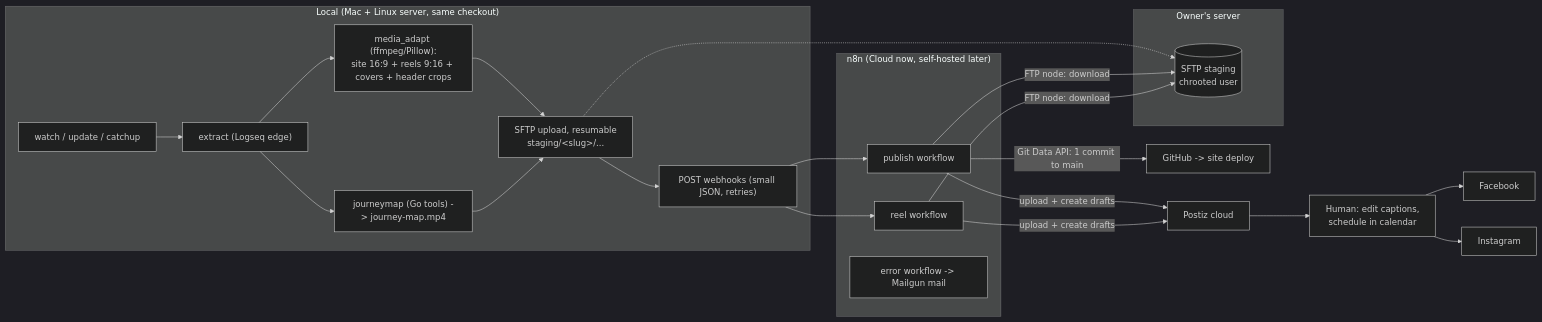
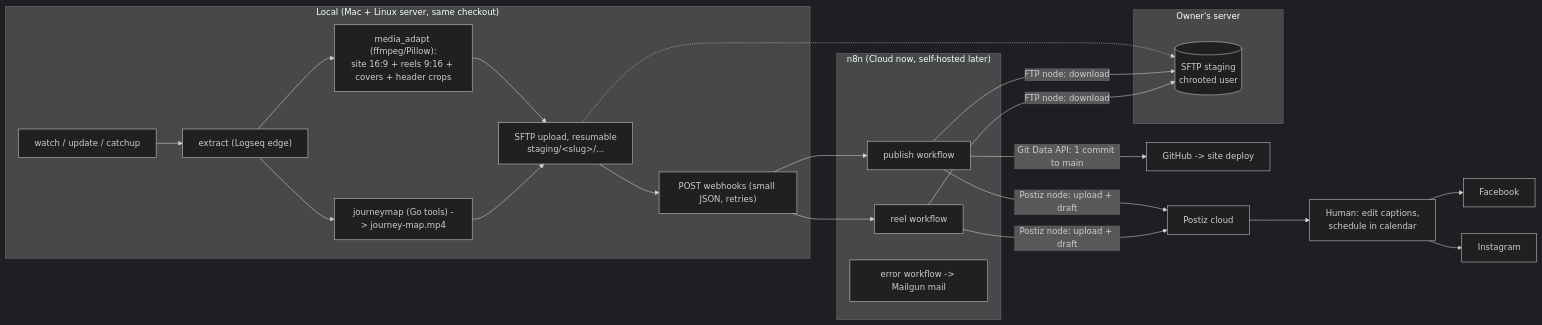
One commit to bbaumgartner/syndicator changed the diagram in docs/n8n-migration.md. Above: the diagram before and after it, drawn with Mermaid (dark theme). The commit also changed other lines of this file, not shown here.

First line of the commit message:
Document Postiz n8n community node for social publishing.

````diff
--- a/docs/n8n-migration.md
+++ b/docs/n8n-migration.md
@@ -58,25 +59,25 @@
 ```mermaid
 flowchart LR
     subgraph Local["Local (Mac + Linux server, same checkout)"]
         M["watch / update / catchup"] --> X["extract (Logseq edge)"]
         X --> A["media_adapt (ffmpeg/Pillow):\nsite 16:9 + reels 9:16 + covers + header crops"]
         X --> J["journeymap (Go tools) -> journey-map.mp4"]
         A & J --> U["SFTP upload, resumable\nstaging/&lt;slug&gt;/..."]
         U --> W["POST webhooks (small JSON, retries)"]
     end
     subgraph Server["Owner's server"]
         S[("SFTP staging\nchrooted user")]
     end
     subgraph n8n["n8n (Cloud now, self-hosted later)"]
         WF1["publish workflow"]
         WF2["reel workflow"]
         WFE["error workflow -> Mailgun mail"]
     end
     U -.-> S
     W --> WF1 & WF2
     WF1 & WF2 -->|"FTP node: download"| S
     WF1 -->|"Git Data API: 1 commit to main"| GH["GitHub -> site deploy"]
-    WF1 & WF2 -->|"upload + create drafts"| PZ["Postiz cloud"]
+    WF1 & WF2 -->|"Postiz node: upload + draft"| PZ["Postiz cloud"]
     PZ --> H["Human: edit captions,\nschedule in calendar"]
     H --> FB["Facebook"] & IG["Instagram"]
 ```
````
